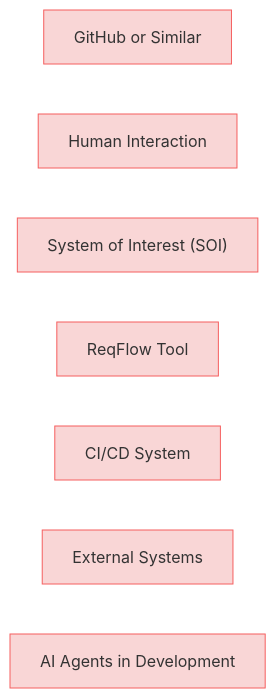
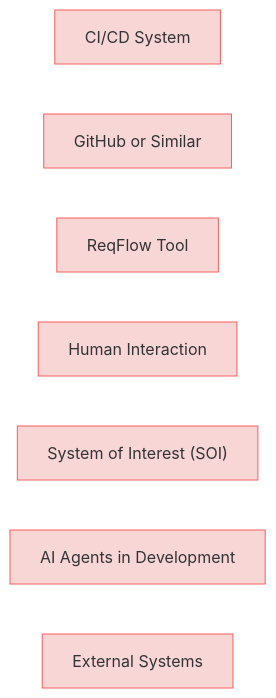
One commit to reqvire-org/reqvire changed the diagram in specifications/Usecases.md. Above: the diagram before and after it, drawn with Mermaid. The commit also changed other lines of this file and 10 other files, not shown here.

````diff
--- a/specifications/Usecases.md
+++ b/specifications/Usecases.md
@@ -5,30 +5,30 @@
 ```mermaid
 graph LR;
   %% Graph styling
   classDef requirement fill:#f9d6d6,stroke:#f55f5f,stroke-width:1px;
   classDef verification fill:#d6f9d6,stroke:#5fd75f,stroke-width:1px;
   classDef externalLink fill:#d0e0ff,stroke:#3080ff,stroke-width:1px;
   classDef default fill:#f5f5f5,stroke:#333333,stroke-width:1px;
 
+  2e9c51c95d["CI/CD System"];
+  click 2e9c51c95d "Usecases.md#ci/cd-system";
+  class 2e9c51c95d requirement;
   1df1330ea0["GitHub or Similar"];
   click 1df1330ea0 "Usecases.md#github-or-similar";
   class 1df1330ea0 requirement;
+  d5b0f3d359["ReqFlow Tool"];
+  click d5b0f3d359 "Usecases.md#reqflow-tool";
+  class d5b0f3d359 requirement;
   42704f2447["Human Interaction"];
   click 42704f2447 "Usecases.md#human-interaction";
   class 42704f2447 requirement;
   86fecce1d6["System of Interest (SOI)"];
   click 86fecce1d6 "Usecases.md#system-of-interest-soi";
   class 86fecce1d6 requirement;
-  d5b0f3d359["ReqFlow Tool"];
-  click d5b0f3d359 "Usecases.md#reqflow-tool";
-  class d5b0f3d359 requirement;
-  2e9c51c95d["CI/CD System"];
-  click 2e9c51c95d "Usecases.md#ci/cd-system";
-  class 2e9c51c95d requirement;
+  e17b2dcca4["AI Agents in Development"];
+  click e17b2dcca4 "Usecases.md#ai-agents-in-development";
+  class e17b2dcca4 requirement;
   c8dea69e6b["External Systems"];
   click c8dea69e6b "Usecases.md#external-systems";
   class c8dea69e6b requirement;
-  e17b2dcca4["AI Agents in Development"];
-  click e17b2dcca4 "Usecases.md#ai-agents-in-development";
-  class e17b2dcca4 requirement;
 ```
````
